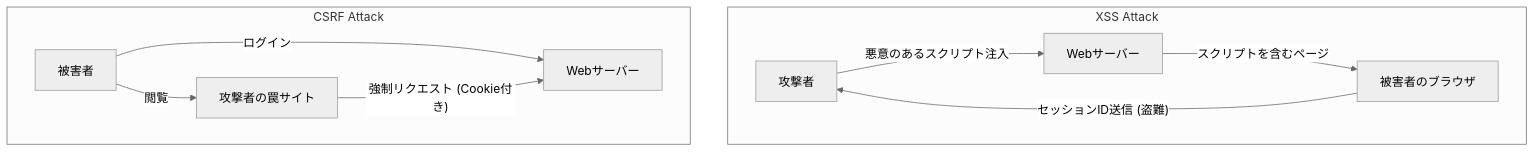
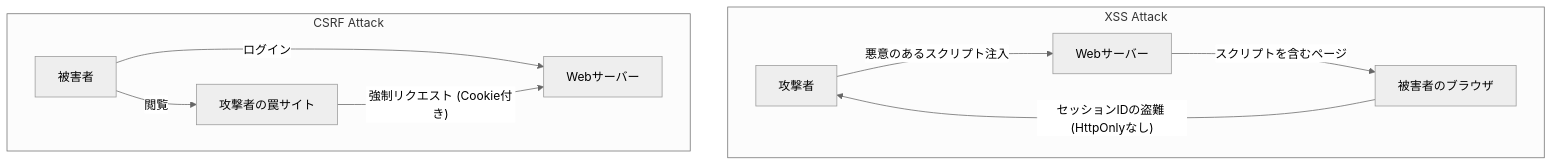
One commit to kenjinote/blog changed the diagram in content/post/cross-site-scripting-xss-csrf-security/index.md. Above: the diagram before and after it, drawn with Mermaid (neutral theme). The commit also changed other lines of this file and 28 other files, not shown here.

````diff
--- a/content/post/cross-site-scripting-xss-csrf-security/index.md
+++ b/content/post/cross-site-scripting-xss-csrf-security/index.md
@@ -134,14 +138,14 @@
 ```mermaid
 graph TD
     subgraph XSS Attack
         A["攻撃者"] -- "悪意のあるスクリプト注入" --> B["Webサーバー"]
         B -- "スクリプトを含むページ" --> C["被害者のブラウザ"]
-        C -- "セッションID送信 (盗難)" --> A
+        C -- "セッションIDの盗難 (HttpOnlyなし)" --> A
     end
 
     subgraph CSRF Attack
         D["被害者"] -- "ログイン" --> E["Webサーバー"]
         D -- "閲覧" --> F["攻撃者の罠サイト"]
         F -- "強制リクエスト (Cookie付き)" --> E
     end
 ```
````
